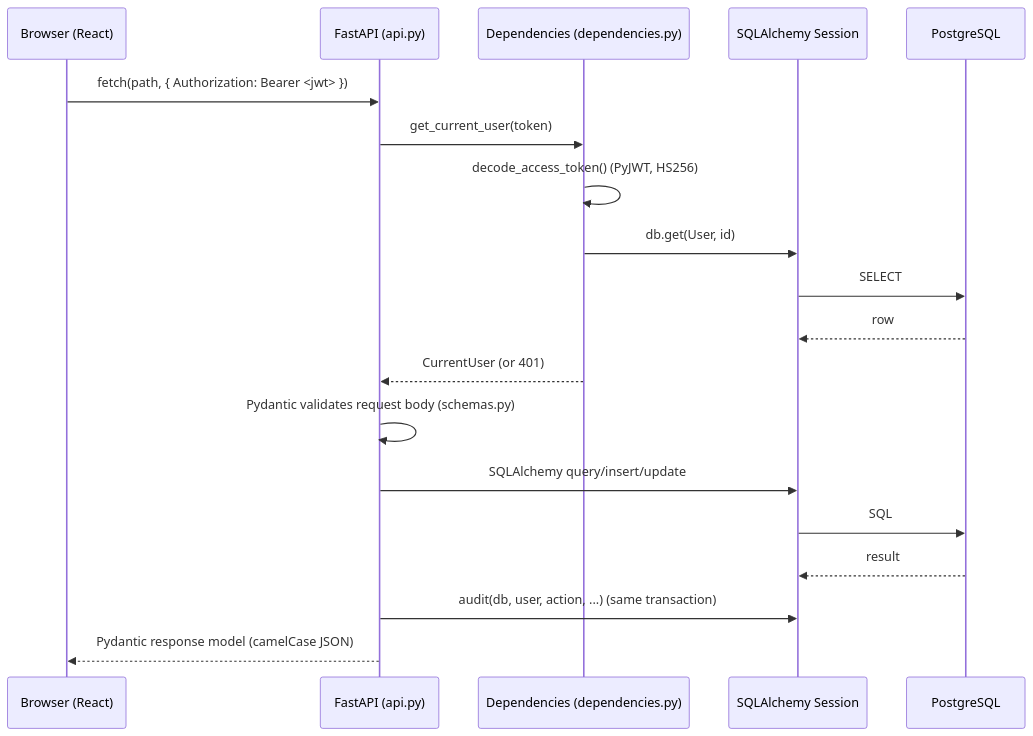
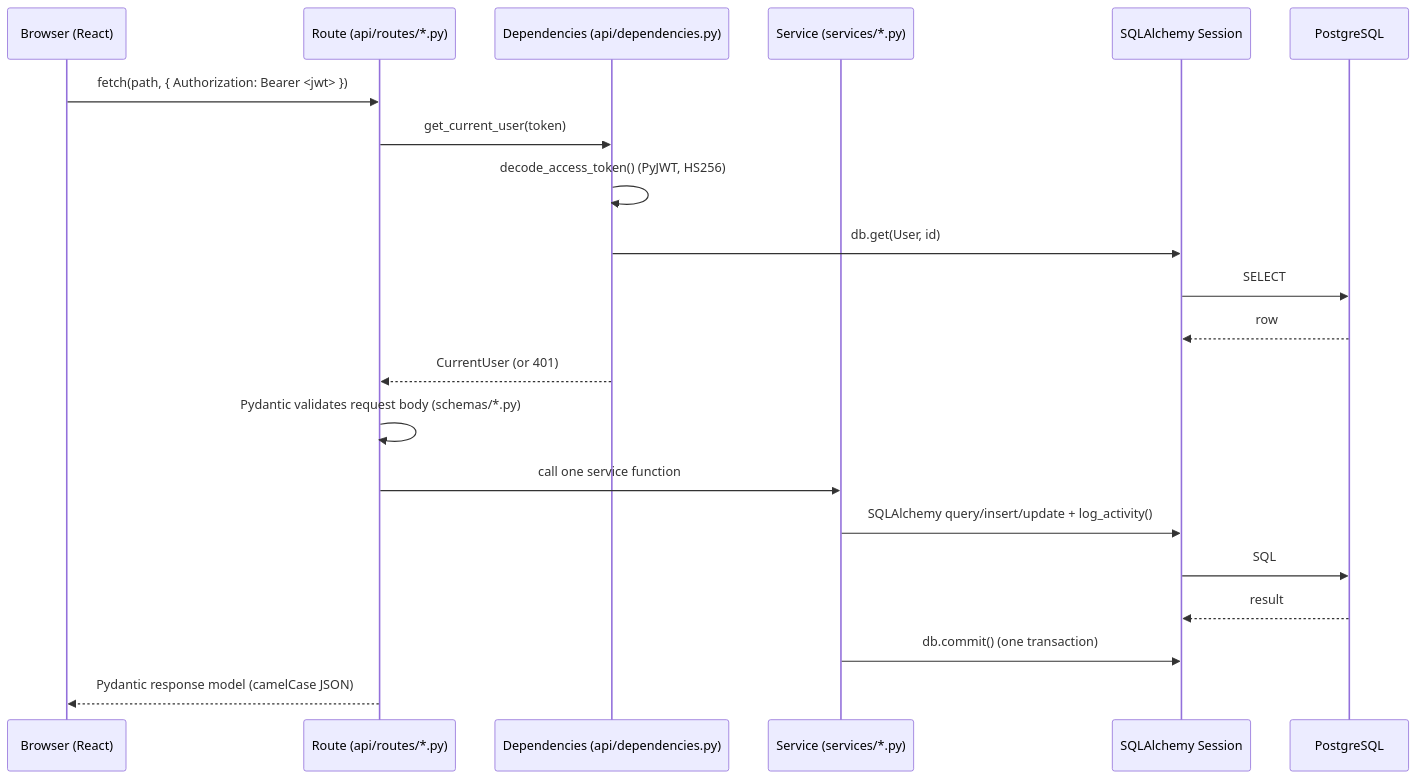
One commit to techmanion/techmanion-portal changed the second of 2 diagrams in docs/System Architecture.md. Above: the diagram before and after it, drawn with Mermaid. The commit also changed other lines of this file and 120 other files, not shown here.

Commit message:
Refactor the frontend and backend to follow better code quality architecture

````diff
--- a/docs/System Architecture.md
+++ b/docs/System Architecture.md
@@ -43,22 +45,24 @@
 ```mermaid
 sequenceDiagram
     participant U as Browser (React)
-    participant A as FastAPI (api.py)
-    participant D as Dependencies (dependencies.py)
+    participant A as Route (api/routes/*.py)
+    participant D as Dependencies (api/dependencies.py)
+    participant Svc as Service (services/*.py)
     participant S as SQLAlchemy Session
     participant P as PostgreSQL
 
     U->>A: fetch(path, { Authorization: Bearer <jwt> })
     A->>D: get_current_user(token)
     D->>D: decode_access_token() (PyJWT, HS256)
     D->>S: db.get(User, id)
     S->>P: SELECT
     P-->>S: row
     D-->>A: CurrentUser (or 401)
-    A->>A: Pydantic validates request body (schemas.py)
-    A->>S: SQLAlchemy query/insert/update
+    A->>A: Pydantic validates request body (schemas/*.py)
+    A->>Svc: call one service function
+    Svc->>S: SQLAlchemy query/insert/update + log_activity()
     S->>P: SQL
     P-->>S: result
-    A->>S: audit(db, user, action, ...) (same transaction)
+    Svc->>S: db.commit() (one transaction)
     A-->>U: Pydantic response model (camelCase JSON)
 ```
````
